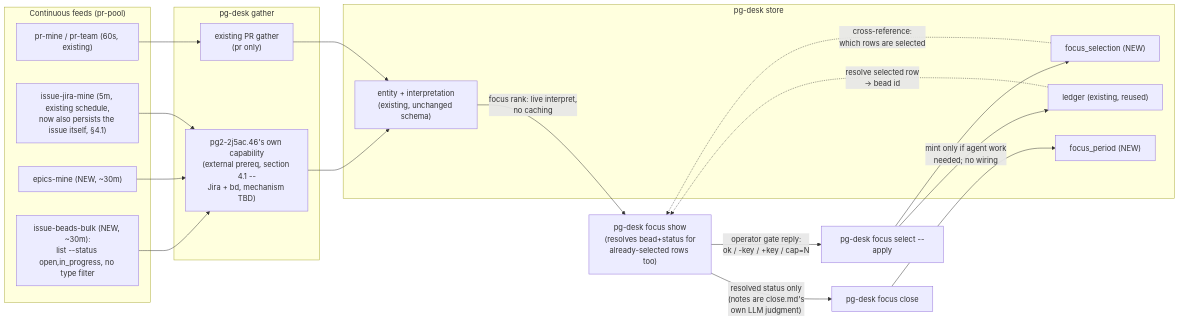
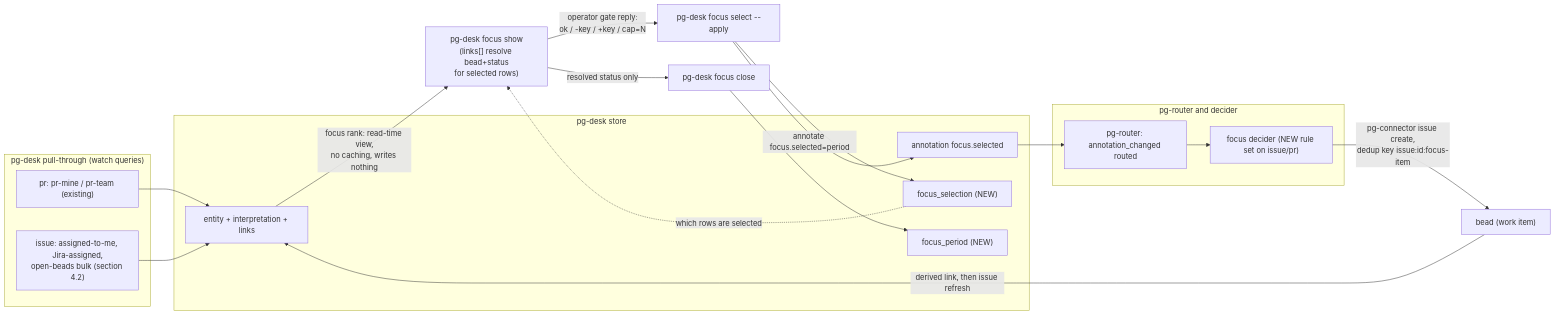
Before and after one commit to phillipgreenii/nix-agent-support: the diagram in docs/superpowers/specs/2026-09-23-daily-focus-store-first-design.md, drawn with Mermaid. The commit also changed other lines of this file and 4 other files, not shown here.

First line of the commit message:
docs(specs): reconcile the daily-focus design with the landed entity change flow (pg2-2j5ac.27)

````diff
--- a/docs/superpowers/specs/2026-09-23-daily-focus-store-first-design.md
+++ b/docs/superpowers/specs/2026-09-23-daily-focus-store-first-design.md
@@ -60,32 +65,29 @@
 ```mermaid
 flowchart LR
-    subgraph feeds["Continuous feeds (pr-pool)"]
-        F1["pr-mine / pr-team (60s, existing)"]
-        F2["issue-jira-mine (5m, existing schedule,\nnow also persists the issue itself, §4.1)"]
-        F3["epics-mine (NEW, ~30m)"]
-        F4["issue-beads-bulk (NEW, ~30m):\nlist --status open,in_progress, no type filter"]
-    end
-    subgraph gather["pg-desk gather"]
-        GPR["existing PR gather\n(pr only)"]
-        GISS["pg2-2j5ac.46's own capability\n(external prereq, section 4.1 --\nJira + bd, mechanism TBD)"]
+    subgraph watch["pg-desk pull-through (watch queries)"]
+        W1["pr: pr-mine / pr-team (existing)"]
+        W2["issue: assigned-to-me, Jira-assigned,\nopen-beads bulk (section 4.2)"]
     end
     subgraph store["pg-desk store"]
-        E["entity + interpretation\n(existing, unchanged schema)"]
+        E["entity + interpretation + links"]
         FS["focus_selection (NEW)"]
         FP["focus_period (NEW)"]
-        L["ledger (existing, reused)"]
+        AN["annotation focus.selected"]
     end
-    F1 --> GPR --> E
-    F2 --> GISS
-    F3 --> GISS
-    F4 --> GISS
-    GISS --> E
-    E -->|"focus rank: live interpret,\nno caching"| SHOW["pg-desk focus show\n(resolves bead+status for\nalready-selected rows too)"]
-    FS -.->|"cross-reference:\nwhich rows are selected"| SHOW
-    L -.->|"resolve selected row\n-> bead id"| SHOW
+    subgraph decide["pg-router and decider"]
+        R["pg-router: annotation_changed routed"]
+        D["focus decider (NEW rule set on issue/pr)"]
+    end
+    W1 --> E
+    W2 --> E
+    E -->|"focus rank: read-time view,\nno caching, writes nothing"| SHOW["pg-desk focus show\n(links[] resolve bead+status\nfor selected rows)"]
+    FS -.->|"which rows are selected"| SHOW
     SHOW -->|"operator gate reply:\nok / -key / +key / cap=N"| SELECT["pg-desk focus select --apply"]
     SELECT --> FS
-    SELECT -->|"mint only if agent work\nneeded; no wiring"| L
-    SHOW -->|"resolved status only\n(notes are close.md's\nown LLM judgment)"| CLOSE["pg-desk focus close"]
+    SELECT -->|"annotate focus.selected=period"| AN
+    AN --> R --> D
+    D -->|"pg-connector issue create,\ndedup key issue:id:focus-item"| BEAD["bead (work item)"]
+    BEAD -->|"derived link, then issue refresh"| E
+    SHOW -->|"resolved status only"| CLOSE["pg-desk focus close"]
     CLOSE --> FP
 ```
````
